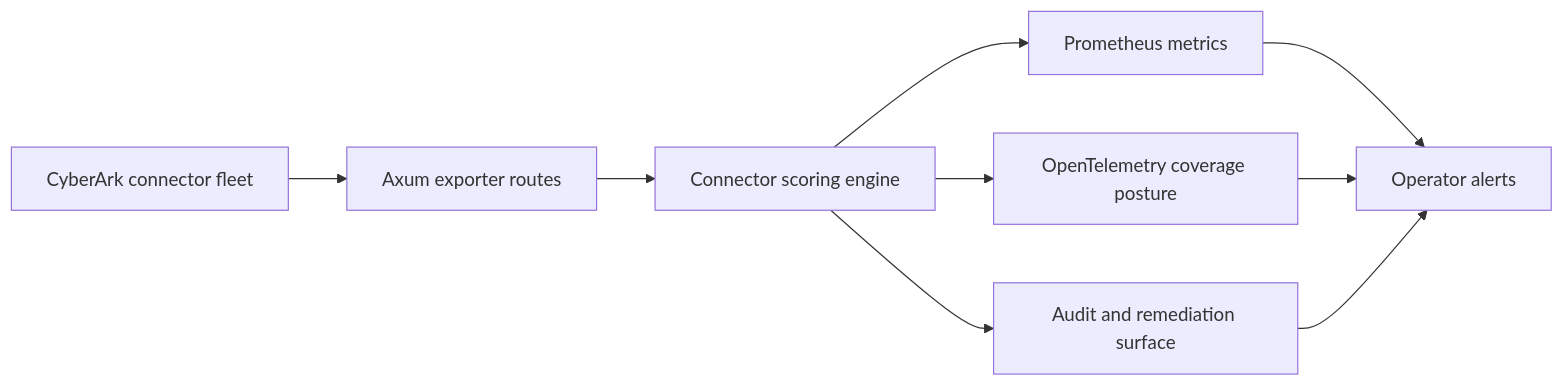
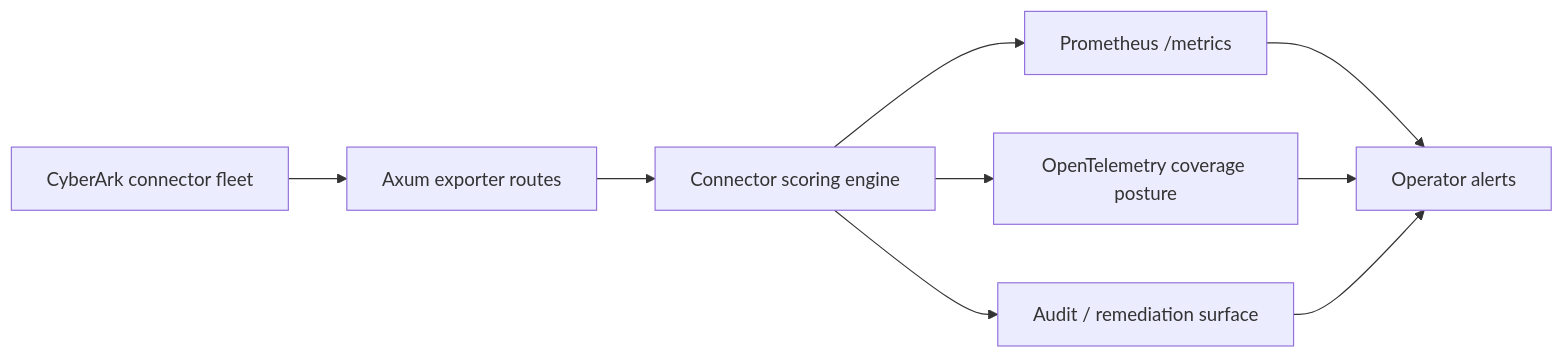
The diagram in README.md (mizcausevic-dev/cyberark-connector-observability-exporter), drawn with Mermaid before and after one commit. The commit also changed other lines of this file and 13 other files, not shown here.

````diff
--- a/README.md
+++ b/README.md
@@ -90,11 +106,11 @@
 ```mermaid
 flowchart LR
   A["CyberArk connector fleet"] --> B["Axum exporter routes"]
   B --> C["Connector scoring engine"]
-  C --> D["Prometheus metrics"]
+  C --> D["Prometheus /metrics"]
   C --> E["OpenTelemetry coverage posture"]
-  C --> F["Audit and remediation surface"]
+  C --> F["Audit / remediation surface"]
   D --> G["Operator alerts"]
   E --> G
   F --> G
 ```
````
